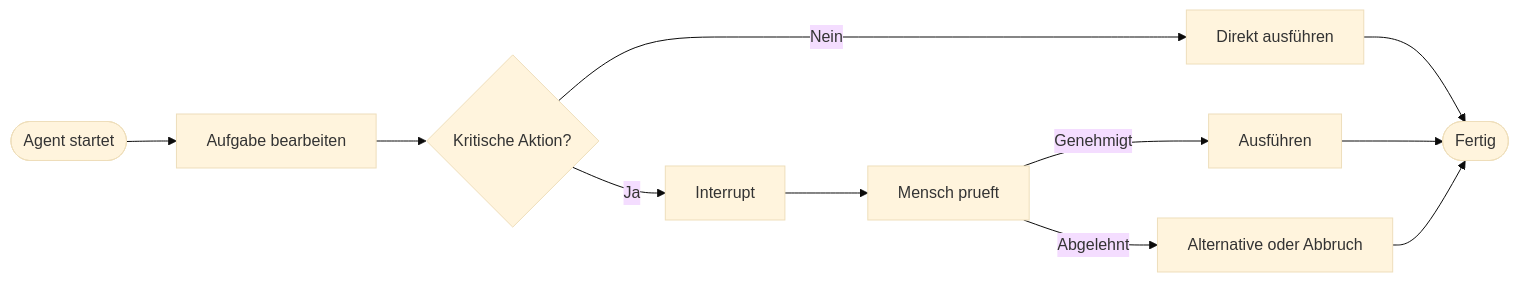
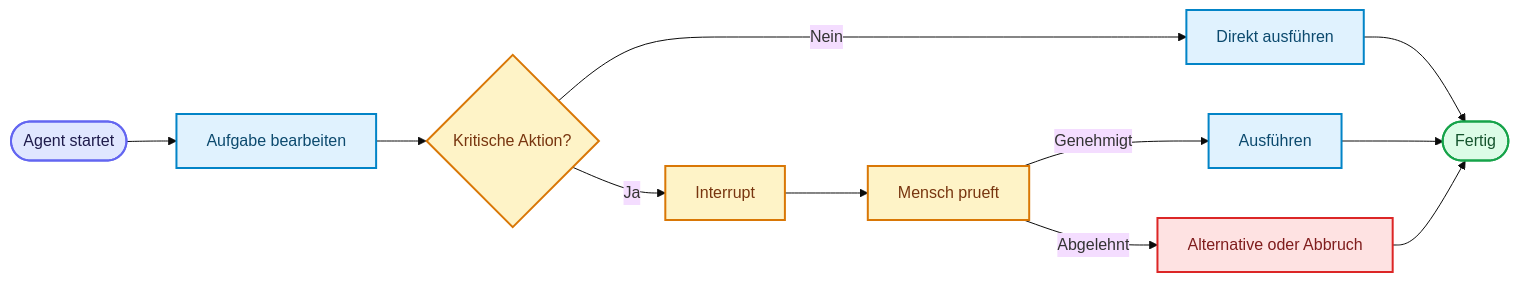
One commit to ralf-42/Agenten changed the first of 2 diagrams in docs/04-agenten-implementierung/ablauf-zustand/human-in-the-loop.md. Above: the diagram before and after it, drawn with Mermaid (base theme). The commit also changed other lines of this file and 18 other files, not shown here.

````diff
--- a/docs/04-agenten-implementierung/ablauf-zustand/human-in-the-loop.md
+++ b/docs/04-agenten-implementierung/ablauf-zustand/human-in-the-loop.md
@@ -79,13 +79,24 @@
 ```mermaid
 flowchart LR
     A([Agent startet]) --> B[Aufgabe bearbeiten]
     B --> C{Kritische Aktion?}
     C -->|Nein| D[Direkt ausführen]
     C -->|Ja| E[Interrupt]
     E --> F[Mensch prueft]
     F -->|Genehmigt| G[Ausführen]
     F -->|Abgelehnt| H[Alternative oder Abbruch]
     D --> I([Fertig])
     G --> I
     H --> I
+
+    classDef default fill:#e0f2fe,stroke:#0284c7,stroke-width:2px,color:#0c4a6e;
+    classDef input fill:#e0e7ff,stroke:#6366f1,stroke-width:2px,color:#1e1b4b;
+    classDef metric fill:#fef3c7,stroke:#d97706,stroke-width:2px,color:#78350f;
+    classDef output fill:#dcfce7,stroke:#16a34a,stroke-width:2px,color:#14532d;
+    classDef stop fill:#fee2e2,stroke:#dc2626,stroke-width:2px,color:#7f1d1d;
+
+    class A input;
+    class C,E,F metric;
+    class I output;
+    class H stop;
 ```
````
